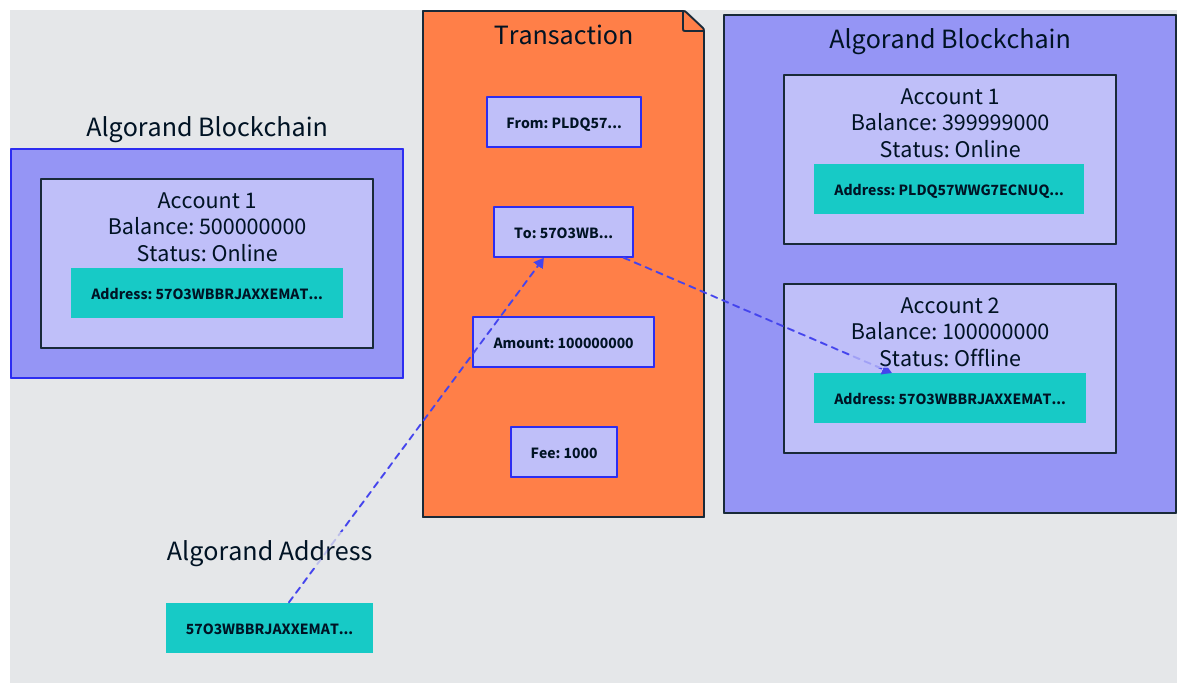
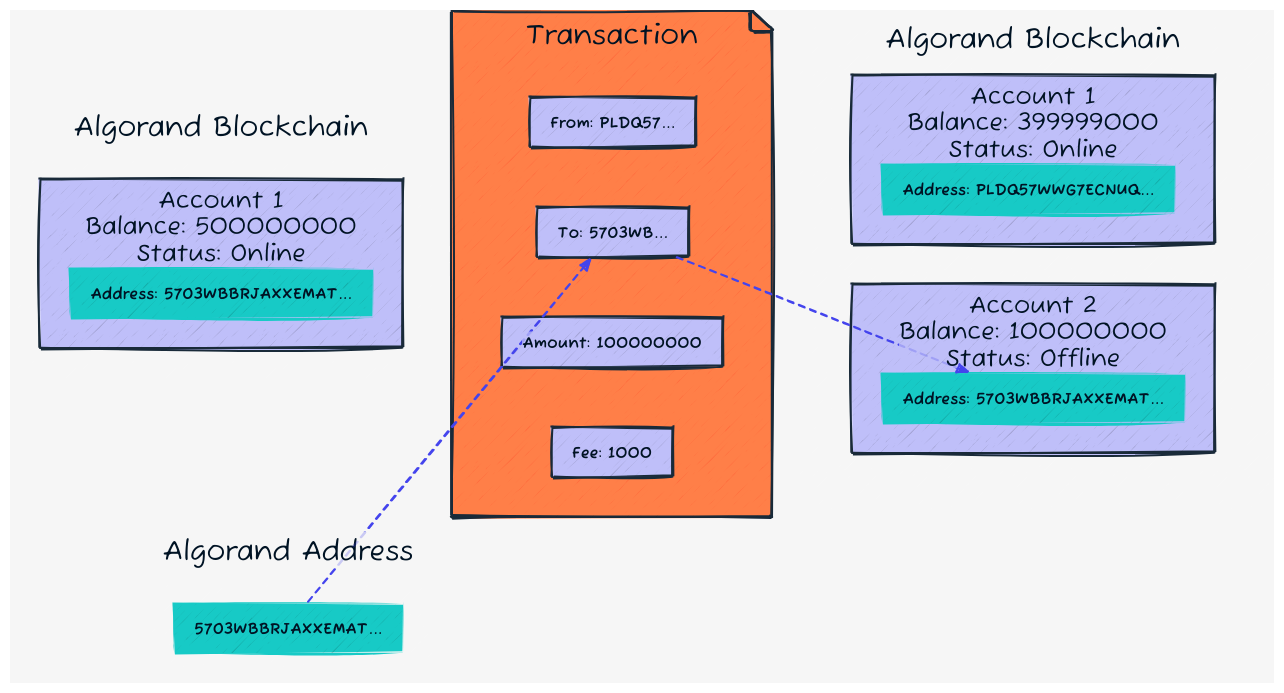
One commit to marilene38/devportal changed the diagram in src/assets/diagrams/d2/accounts-overview-initialize-account.d2. Above: the diagram before and after it, drawn with D2. The commit also changed 1 other file, not shown here. The source asks for the TALA layout; these drawings use dagre instead.

```diff
--- a/src/assets/diagrams/d2/accounts-overview-initialize-account.d2
+++ b/src/assets/diagrams/d2/accounts-overview-initialize-account.d2
@@ -1,130 +1,155 @@
 direction: right
 vars: {
   d2-config: {
     pad: 60
+    layout-engine: tala
+    sketch: true
     theme-overrides: {
       N1: "#001324"
       N2: "#192A39"
       N4: "#4C5965"
       N5: "#7F8991"
-      N7: "#E5E7E9"
+      N7: "#dfe1e5"
       B1: "#2D2DF1"
       B2: "#4444ED"
       B3: "#6C6CF1"
       B4: "#9595F5"
       B5: "#BFBFF9"
       B6: "#E9E9FD"
       AA4: "#FF7F48"
       AA5: "#FF7F48"
       AB4: "#FF7F48"
       AB5: "#FF7F48"
     }
   }
 }
 
 classes: {
   tealBox: {
     style: {
       fill: "#17CAC6"
       stroke-width: 0
     }
   }
   container: {
     label.near: top-center
     style: {
       stroke: "#192A39"
     }
   }
 }
 leftBlockchain: {
   near: center-left
   shape: rectangle
   label: "Algorand Blockchain"
+  style: {
+    fill: transparent
+    stroke-width: 0
+  }
   account1: {
     shape: rectangle
     label: "Account 1\nBalance: 500000000\nStatus: Online"
     address: {
       height: 50
       label: "Address: 57O3WBBRJAXXEMAT..."
     }
     address.class: tealBox
   }
   account1.class: container
 }
 algorandAddress: {
   near: bottom-left
   label: "Algorand Address"
   style: {
     fill: transparent
     stroke-width: 0
   }
   address: {
     height: 50
     label: "57O3WBBRJAXXEMAT..."
   }
   address.class: tealBox
 }
 transaction: {
   shape: page
   label: "Transaction"
   style: {
     stroke: "#192A39"
   }
   from: {
     height: 50
     label: "From: PLDQ57..."
+    style: {
+      stroke: "#192A39"
+    }
   }
   to: {
     height: 50
     label: "To: 57O3WB..."
+    style: {
+      stroke: "#192A39"
+    }
   }
   amount: {
     height: 50
     label: "Amount: 100000000"
+    style: {
+      stroke: "#192A39"
+    }
   }
   fee: {
     height: 50
     label: "Fee: 1000"
+    style: {
+      stroke: "#192A39"
+    }
   }
 }
 transaction.class: container
 
 rightBlockchain: {
   grid-columns: 1
   near: center-right
   shape: rectangle
   label: "Algorand Blockchain"
+  style: {
+    fill: transparent
+    stroke-width: 0
+  }
   account1: {
     shape: rectangle
     label: "Account 1\nBalance: 399999000\nStatus: Online"
     address: {
       height: 50
       label: "Address: PLDQ57WWG7ECNUQ..."
     }
     address.class: tealBox
   }
   account1.class: container
 
   account2: {
     shape: rectangle
     label: "Account 2\nBalance: 100000000\nStatus: Offline"
     address: {
       height: 50
       label: "Address: 57O3WBBRJAXXEMAT..."
     }
     address.class: tealBox
   }
   account2.class: container
 }
 rightBlockchain.class: container
 
 algorandAddress.address -> transaction.to: {
   style: {
     stroke-dash: 3
   }
 }
 transaction.to -> rightBlockchain.account2.address: {
   style: {
     stroke-dash: 3
   }
 }
+style: {
+  fill: '#f6f6f6'
+}
```
